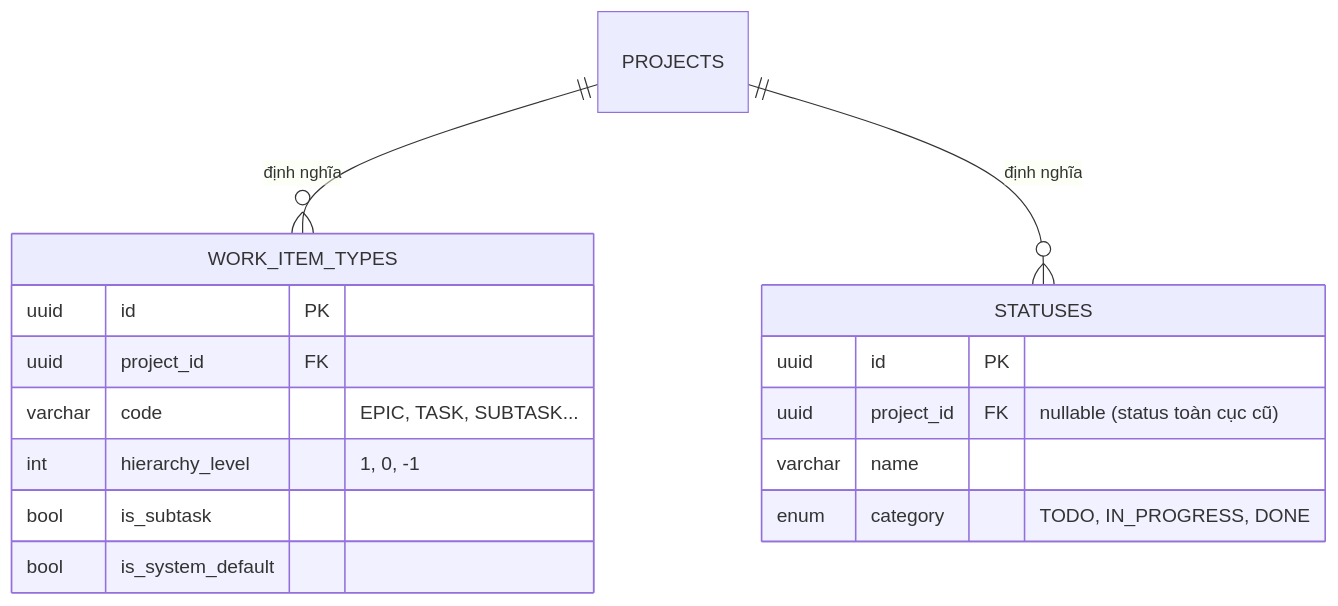
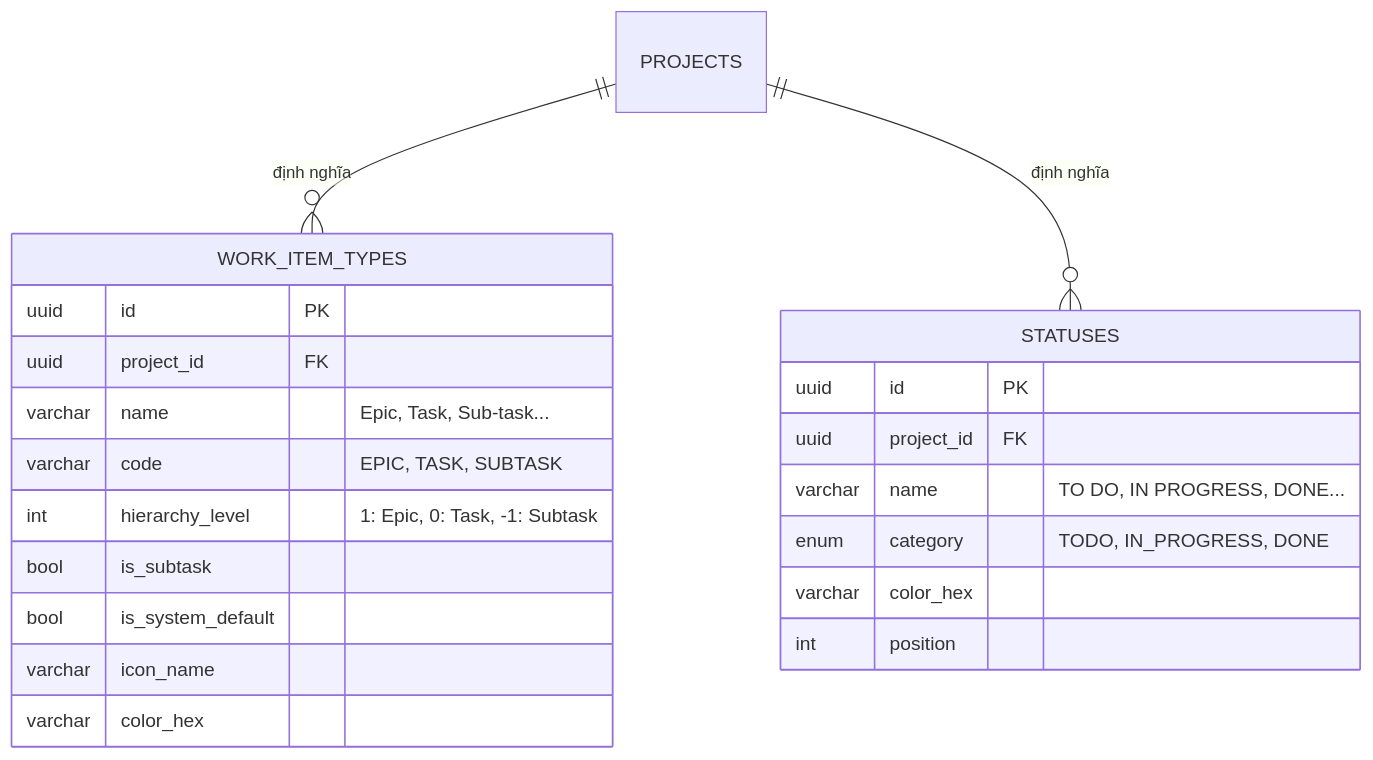
Before and after one commit to Hecker-Chuoi/DATN-2026: the ninth of 22 diagrams in formal_doc/01_QUAN_HE_THUC_THE.md, drawn with Mermaid. The commit also changed other lines of this file and 60 other files, not shown here.

````diff
--- a/formal_doc/01_QUAN_HE_THUC_THE.md
+++ b/formal_doc/01_QUAN_HE_THUC_THE.md
@@ -255,19 +278,24 @@
 ```mermaid
 erDiagram
     PROJECTS ||--o{ WORK_ITEM_TYPES : "định nghĩa"
     PROJECTS ||--o{ STATUSES : "định nghĩa"
     WORK_ITEM_TYPES {
         uuid id PK
         uuid project_id FK
-        varchar code "EPIC, TASK, SUBTASK..."
-        int hierarchy_level "1, 0, -1"
+        varchar name "Epic, Task, Sub-task..."
+        varchar code "EPIC, TASK, SUBTASK"
+        int hierarchy_level "1: Epic, 0: Task, -1: Subtask"
         bool is_subtask
         bool is_system_default
+        varchar icon_name
+        varchar color_hex
     }
     STATUSES {
         uuid id PK
-        uuid project_id FK "nullable (status toàn cục cũ)"
-        varchar name
+        uuid project_id FK
+        varchar name "TO DO, IN PROGRESS, DONE..."
         enum category "TODO, IN_PROGRESS, DONE"
+        varchar color_hex
+        int position
     }
 ```
````
